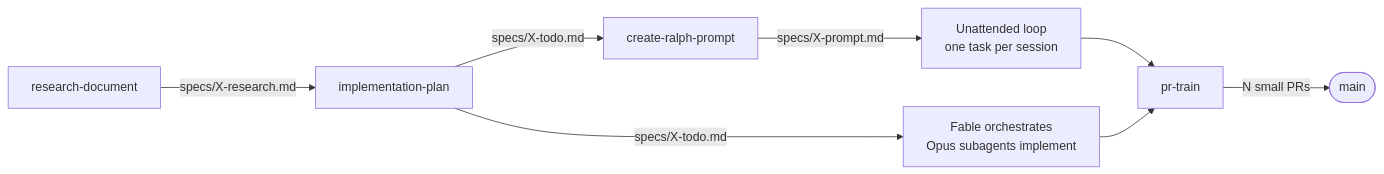
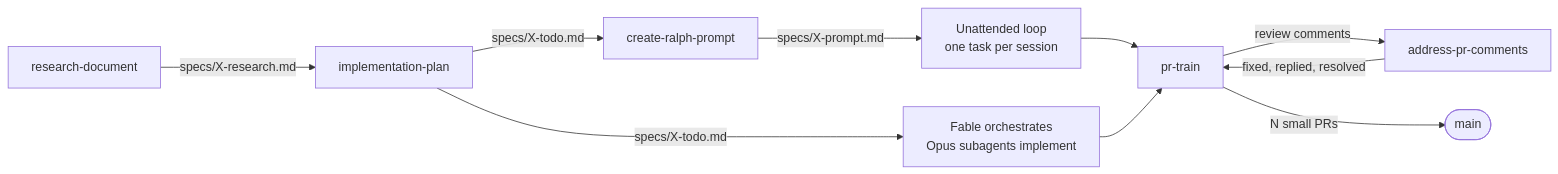
The diagram in README.md (agent-pasha/dev-workflow-skills), drawn with Mermaid before and after one commit. The commit also changed other lines of this file and 10 other files, not shown here.

Commit message:
Add address-pr-comments: grounded review-thread triage, thread resolution, CI-triggered mode; context template gains knowledge-base and agent-login fields

````diff
--- a/README.md
+++ b/README.md
@@ -13,10 +14,12 @@
 ```mermaid
 flowchart LR
     R[research-document] -->|specs/X-research.md| P[implementation-plan]
     P -->|specs/X-todo.md| C[create-ralph-prompt]
     C -->|specs/X-prompt.md| L[Unattended loop<br/>one task per session]
     P -->|specs/X-todo.md| O[Fable orchestrates<br/>Opus subagents implement]
     L --> T[pr-train]
     O --> T
+    T -->|review comments| A[address-pr-comments]
+    A -->|fixed, replied, resolved| T
     T -->|N small PRs| M([main])
 ```
````
